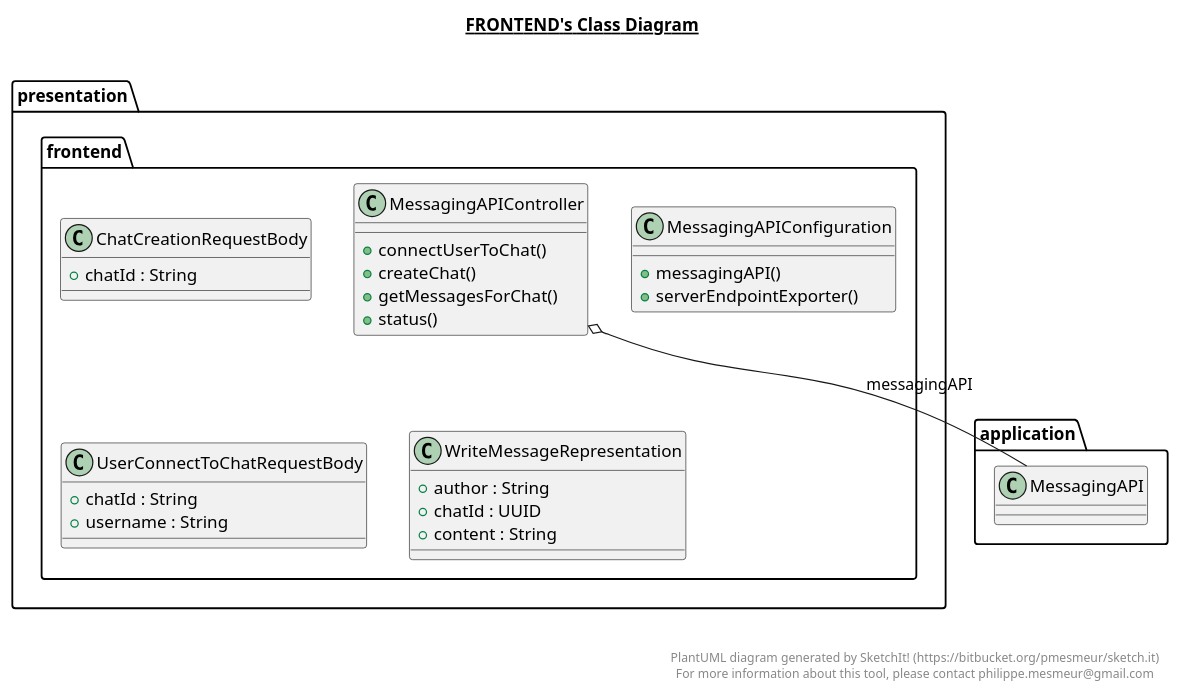
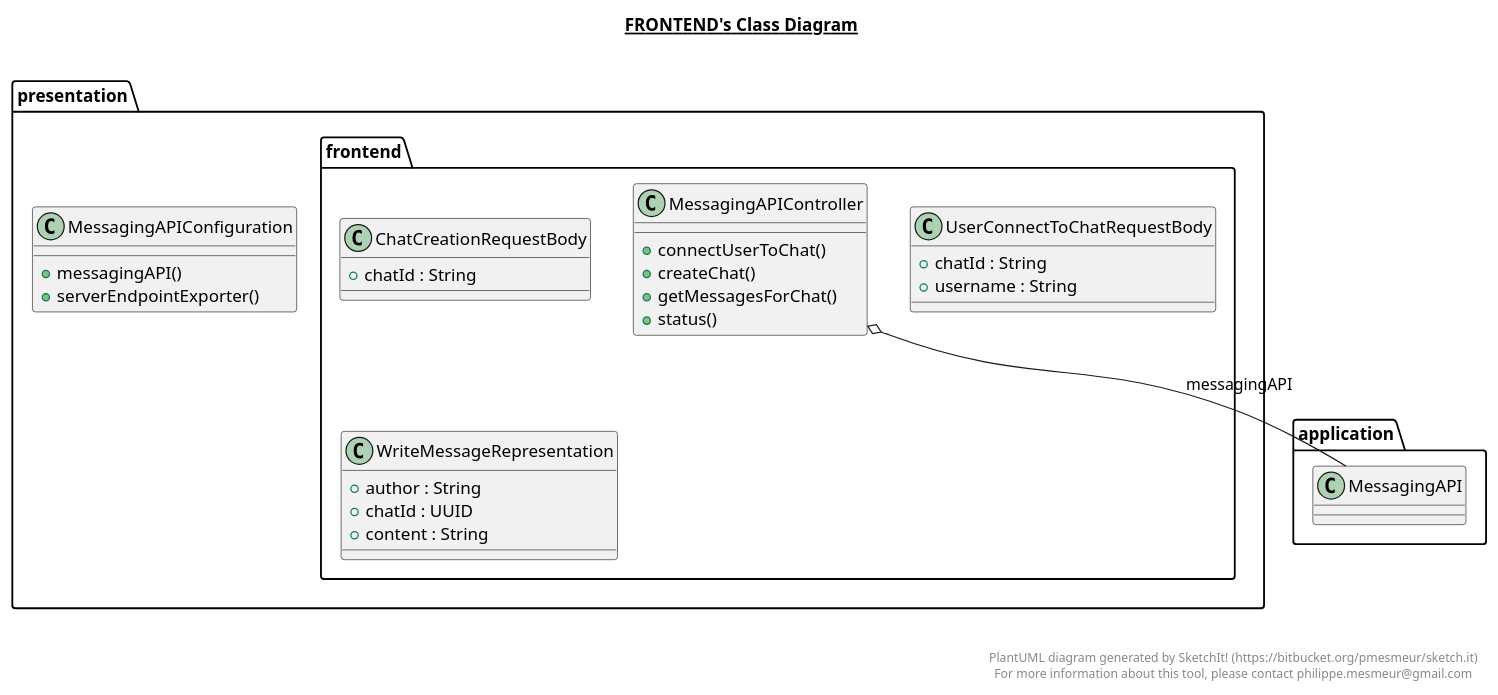
The diagram in messaging-api/src/main/java/presentation/frontend/frontend.plantuml (Hyphen133/Messanger), drawn with PlantUML before and after one commit. The commit also changed 7 other files, not shown here.

```diff
--- a/messaging-api/src/main/java/presentation/frontend/frontend.plantuml
+++ b/messaging-api/src/main/java/presentation/frontend/frontend.plantuml
@@ -1,67 +1,67 @@
 @startuml
 
 title __FRONTEND's Class Diagram__\n
 
   namespace presentation {
     namespace frontend {
       class presentation.frontend.ChatCreationRequestBody {
           + chatId : String
       }
     }
   }
   
 
   namespace presentation {
     namespace frontend {
-      class presentation.frontend.MessagingAPIConfiguration {
+      class presentation.MessagingAPIConfiguration {
           + messagingAPI()
           + serverEndpointExporter()
       }
     }
   }
   
 
   namespace presentation {
     namespace frontend {
       class presentation.frontend.MessagingAPIController {
           + connectUserToChat()
           + createChat()
           + getMessagesForChat()
           + status()
       }
     }
   }
   
 
   namespace presentation {
     namespace frontend {
       class presentation.frontend.UserConnectToChatRequestBody {
           + chatId : String
           + username : String
       }
     }
   }
   
 
   namespace presentation {
     namespace frontend {
       class presentation.frontend.WriteMessageRepresentation {
           + author : String
           + chatId : UUID
           + content : String
       }
     }
   }
   
 
   presentation.frontend.MessagingAPIController o-- application.MessagingAPI : messagingAPI
 
 
 right footer
 
 
 PlantUML diagram generated by SketchIt! (https://bitbucket.org/pmesmeur/sketch.it)
 For more information about this tool, please contact philippe.mesmeur@gmail.com
 endfooter
 
 @enduml
```
